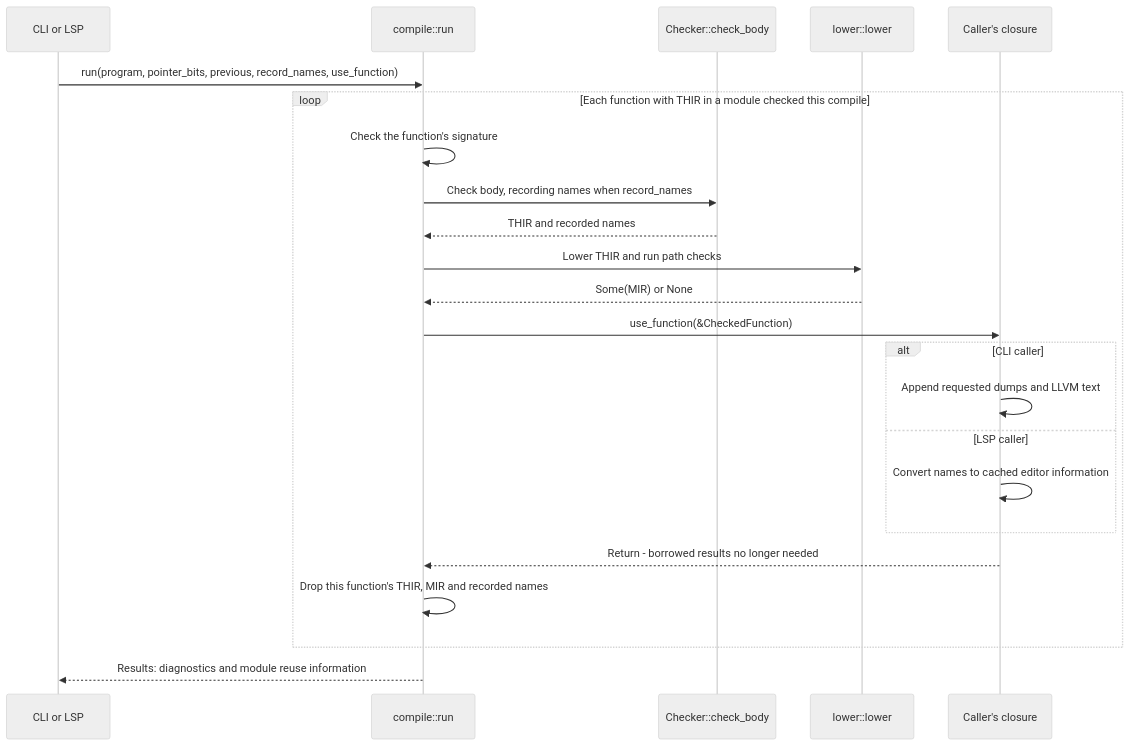
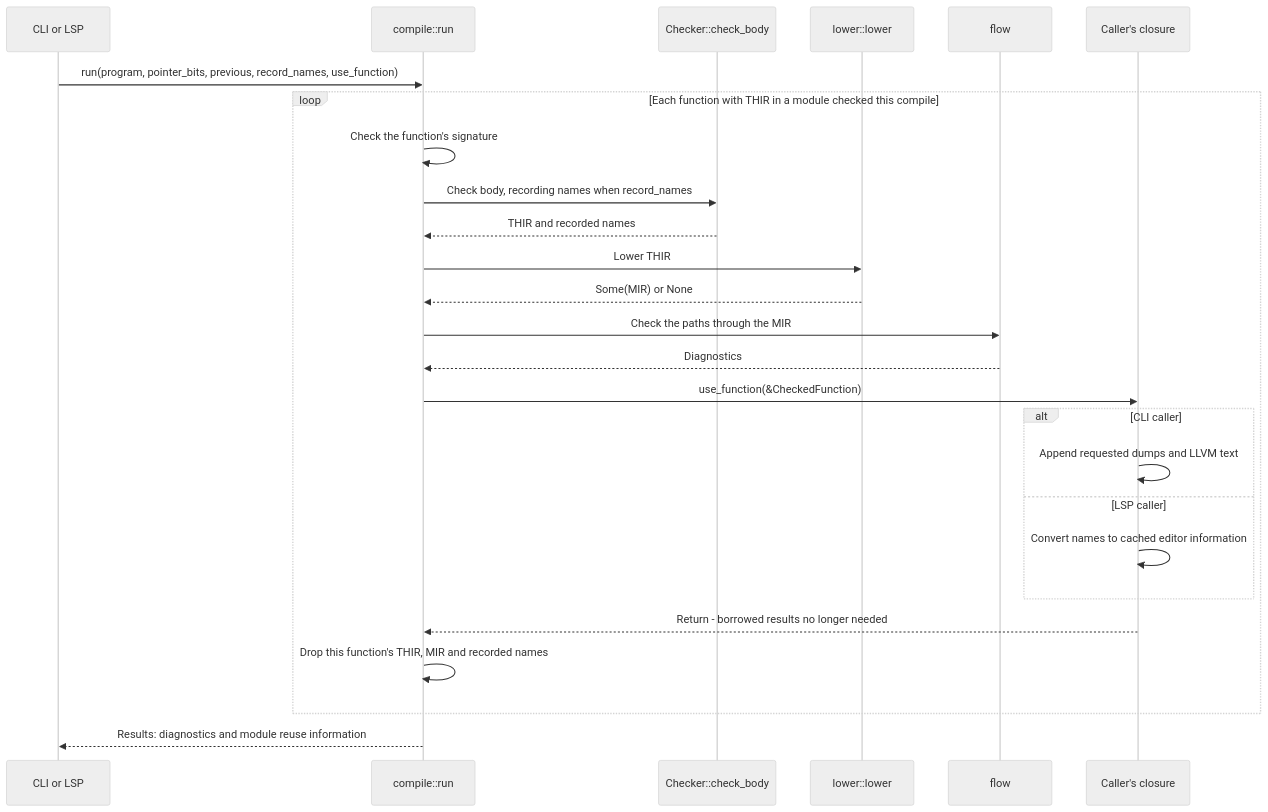
One commit to PeeperLanguage/compiler changed the diagram in README.md. Above: the diagram before and after it, drawn with Mermaid (neutral theme). The commit also changed 11 other files, not shown here.

First line of the commit message:
Move the MIR checks into their own crate

````diff
--- a/README.md
+++ b/README.md
@@ -46,26 +46,29 @@
 ```mermaid
 sequenceDiagram
     participant Caller as CLI or LSP
     participant Compile as compile::run
     participant Check as Checker::check_body
     participant Lower as lower::lower
+    participant Flow as flow
     participant Callback as Caller's closure
 
     Caller->>Compile: run(program, pointer_bits, previous, record_names, use_function)
     loop Each function with THIR in a module checked this compile
         Compile->>Compile: Check the function's signature
         Compile->>Check: Check body, recording names when record_names
         Check-->>Compile: THIR and recorded names
-        Compile->>Lower: Lower THIR and run path checks
+        Compile->>Lower: Lower THIR
         Lower-->>Compile: Some(MIR) or None
+        Compile->>Flow: Check the paths through the MIR
+        Flow-->>Compile: Diagnostics
         Compile->>Callback: use_function(&CheckedFunction)
         alt CLI caller
             Callback->>Callback: Append requested dumps and LLVM text
         else LSP caller
             Callback->>Callback: Convert names to cached editor information
         end
         Callback-->>Compile: Return - borrowed results no longer needed
         Compile->>Compile: Drop this function's THIR, MIR and recorded names
     end
     Compile-->>Caller: Results: diagnostics and module reuse information
 ```
````
